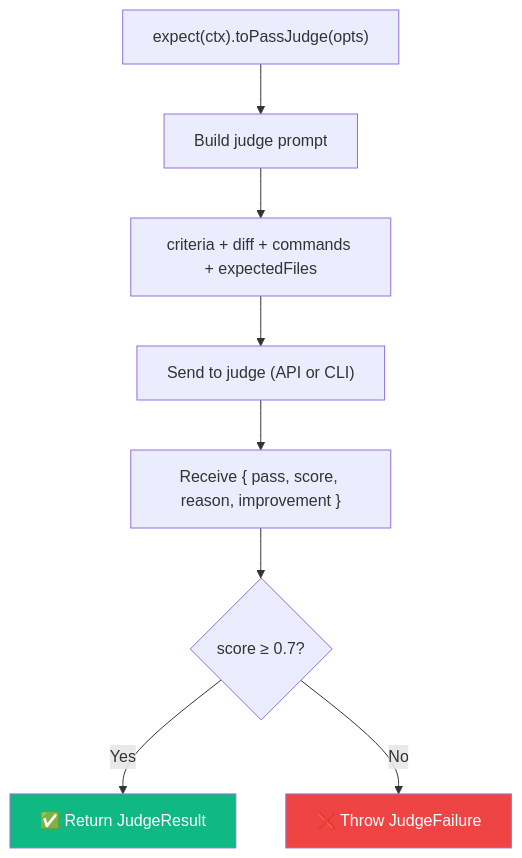
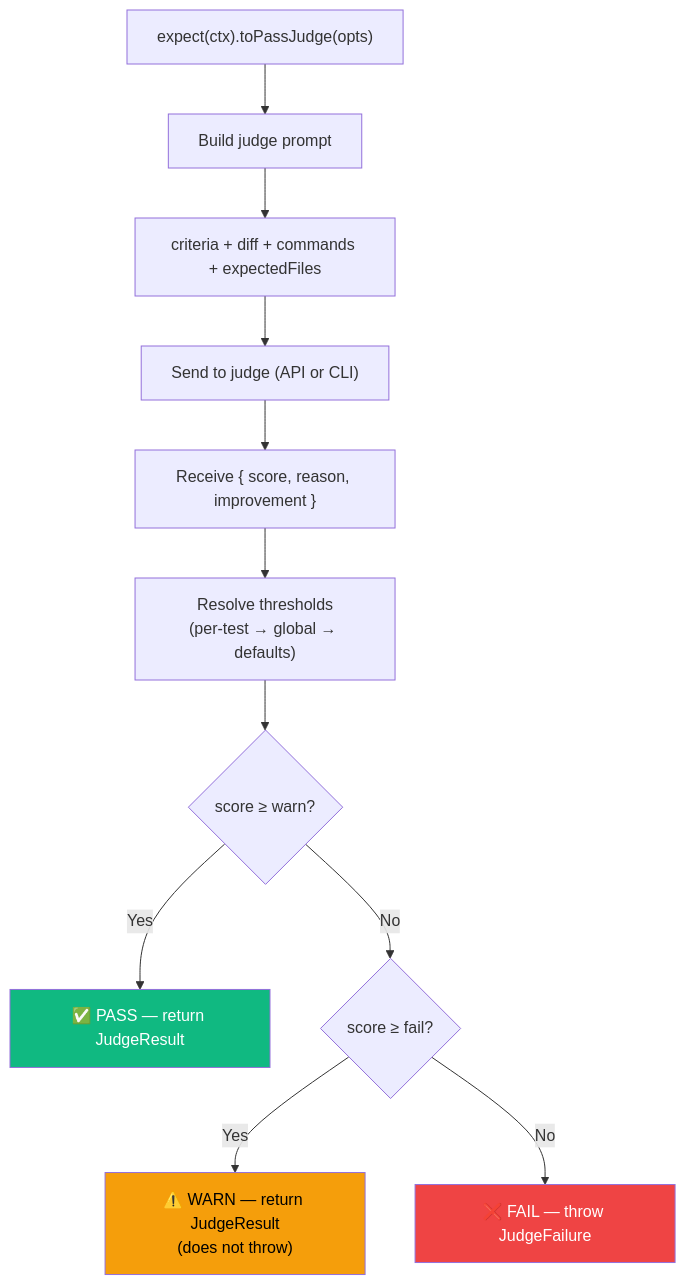
The diagram in apps/docs/api/expect.md (Tlahey/agent-eval), drawn with Mermaid before and after one commit. The commit also changed other lines of this file and 20 other files, not shown here.

First line of the commit message:
feat(thresholds): implement custom scoring thresholds (PASS/WARN/FAIL)

````diff
--- a/apps/docs/api/expect.md
+++ b/apps/docs/api/expect.md
@@ -62,13 +68,17 @@
 ```mermaid
 flowchart TD
     A["expect(ctx).toPassJudge(opts)"] --> B["Build judge prompt"]
     B --> C["criteria + diff + commands + expectedFiles"]
     C --> D["Send to judge (API or CLI)"]
-    D --> E["Receive { pass, score, reason, improvement }"]
-    E --> F{"score ≥ 0.7?"}
-    F -- Yes --> G["✅ Return JudgeResult"]
-    F -- No --> H["❌ Throw JudgeFailure"]
+    D --> E["Receive { score, reason, improvement }"]
+    E --> F["Resolve thresholds\n(per-test → global → defaults)"]
+    F --> G{"score ≥ warn?"}
+    G -- Yes --> H["✅ PASS — return JudgeResult"]
+    G -- No --> I{"score ≥ fail?"}
+    I -- Yes --> J["⚠️ WARN — return JudgeResult\n(does not throw)"]
+    I -- No --> K["❌ FAIL — throw JudgeFailure"]
 
-    style G fill:#10b981,color:#fff
-    style H fill:#ef4444,color:#fff
+    style H fill:#10b981,color:#fff
+    style J fill:#f59e0b,color:#000
+    style K fill:#ef4444,color:#fff
 ```
````
